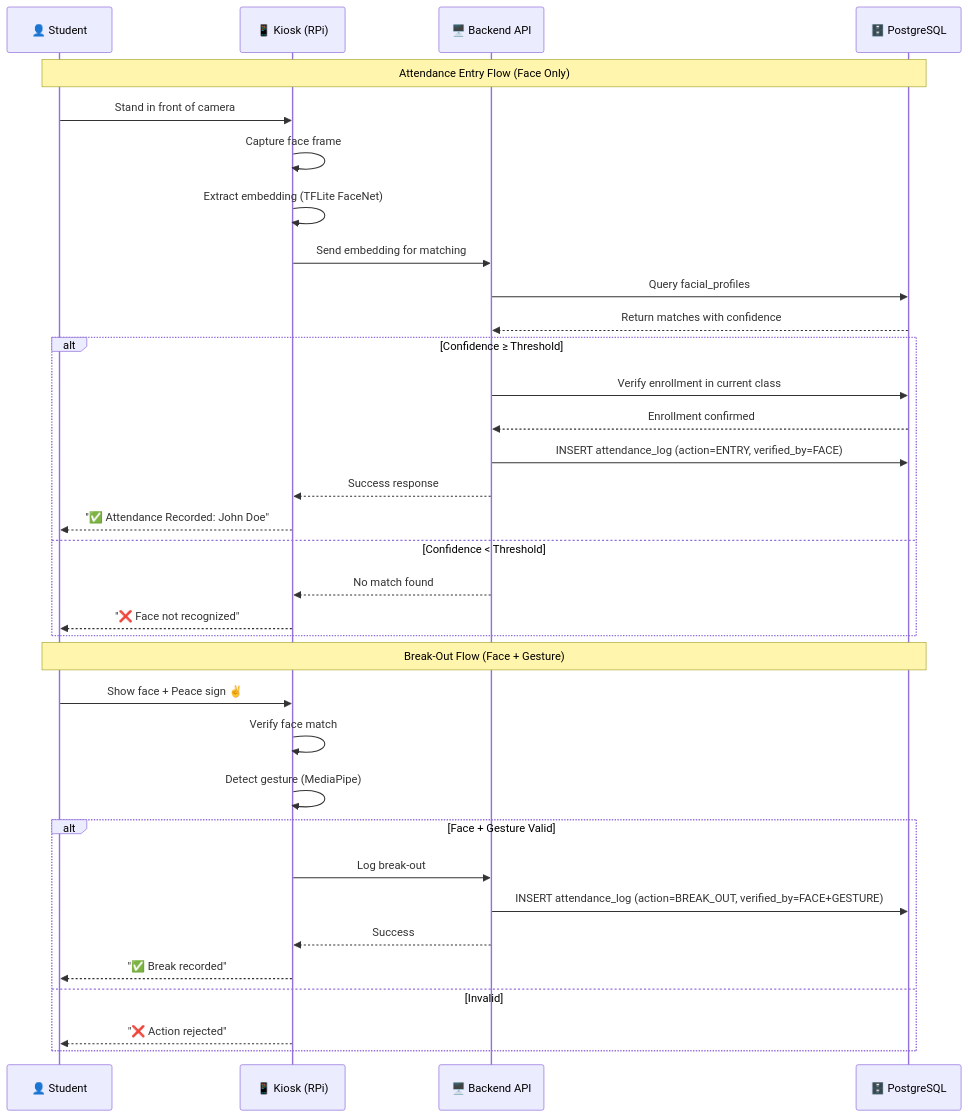
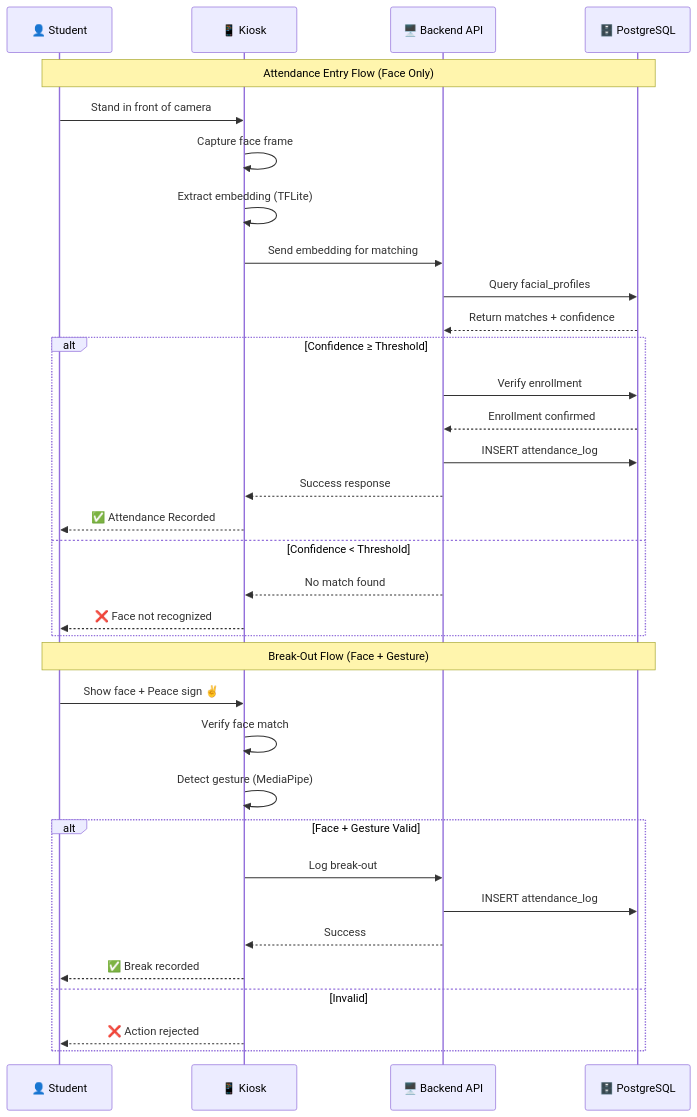
Before and after one commit to EannMon/FRAMESCAPSTONE: diagram 13 of 14 in documentation/database/FRAMES_Data_Flow_Diagram.md, drawn with Mermaid. The commit also changed other lines of this file and 1 other file, not shown here.

````diff
--- a/documentation/database/FRAMES_Data_Flow_Diagram.md
+++ b/documentation/database/FRAMES_Data_Flow_Diagram.md
@@ -404,40 +534,40 @@
 ```mermaid
 sequenceDiagram
     participant STU as 👤 Student
-    participant KIOSK as 📱 Kiosk (RPi)
+    participant KIOSK as 📱 Kiosk
     participant API as 🖥️ Backend API
     participant DB as 🗄️ PostgreSQL
 
     Note over STU,DB: Attendance Entry Flow (Face Only)
     STU->>KIOSK: Stand in front of camera
     KIOSK->>KIOSK: Capture face frame
-    KIOSK->>KIOSK: Extract embedding (TFLite FaceNet)
+    KIOSK->>KIOSK: Extract embedding (TFLite)
     KIOSK->>API: Send embedding for matching
     API->>DB: Query facial_profiles
-    DB-->>API: Return matches with confidence
+    DB-->>API: Return matches + confidence
     
     alt Confidence ≥ Threshold
-        API->>DB: Verify enrollment in current class
+        API->>DB: Verify enrollment
         DB-->>API: Enrollment confirmed
-        API->>DB: INSERT attendance_log (action=ENTRY, verified_by=FACE)
+        API->>DB: INSERT attendance_log
         API-->>KIOSK: Success response
-        KIOSK-->>STU: "✅ Attendance Recorded: John Doe"
+        KIOSK-->>STU: ✅ Attendance Recorded
     else Confidence < Threshold
         API-->>KIOSK: No match found
-        KIOSK-->>STU: "❌ Face not recognized"
+        KIOSK-->>STU: ❌ Face not recognized
     end
 
     Note over STU,DB: Break-Out Flow (Face + Gesture)
     STU->>KIOSK: Show face + Peace sign ✌️
     KIOSK->>KIOSK: Verify face match
     KIOSK->>KIOSK: Detect gesture (MediaPipe)
     
     alt Face + Gesture Valid
         KIOSK->>API: Log break-out
-        API->>DB: INSERT attendance_log (action=BREAK_OUT, verified_by=FACE+GESTURE)
+        API->>DB: INSERT attendance_log
         API-->>KIOSK: Success
-        KIOSK-->>STU: "✅ Break recorded"
+        KIOSK-->>STU: ✅ Break recorded
     else Invalid
-        KIOSK-->>STU: "❌ Action rejected"
+        KIOSK-->>STU: ❌ Action rejected
     end
 ```
````
